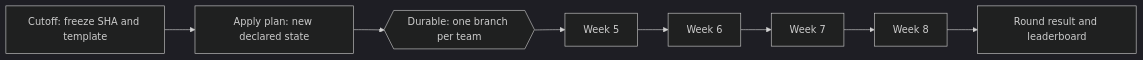
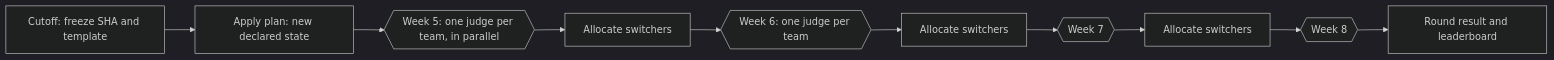
The fifth of 5 diagrams in docs/architecture.md (grumpydevorg/blackfriday), drawn with Mermaid (dark theme) before and after one commit. The commit also changed other lines of this file and 4 other files, not shown here.

````diff
--- a/docs/architecture.md
+++ b/docs/architecture.md
@@ -318,7 +321,9 @@
 ```mermaid
 flowchart LR
   C[Cutoff: freeze SHA and template] --> P[Apply plan: new declared state]
-  P --> F{{Durable: one branch per team}}
-  F --> W1[Week 5] --> W2[Week 6] --> W3[Week 7] --> W4[Week 8]
-  W4 --> R[Round result and leaderboard]
+  P --> F5{{Week 5: one judge per team, in parallel}}
+  F5 --> S5[Allocate switchers]
+  S5 --> F6{{Week 6: one judge per team}} --> S6[Allocate switchers]
+  S6 --> F7{{Week 7}} --> S7[Allocate switchers] --> F8{{Week 8}}
+  F8 --> R[Round result and leaderboard]
 ```
````
